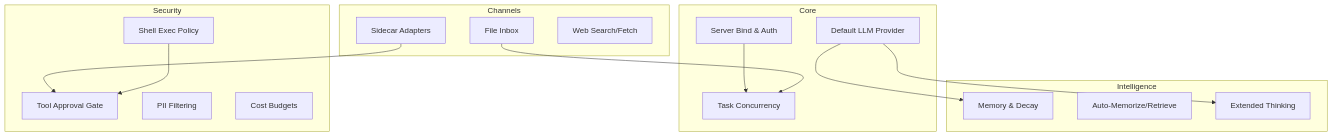
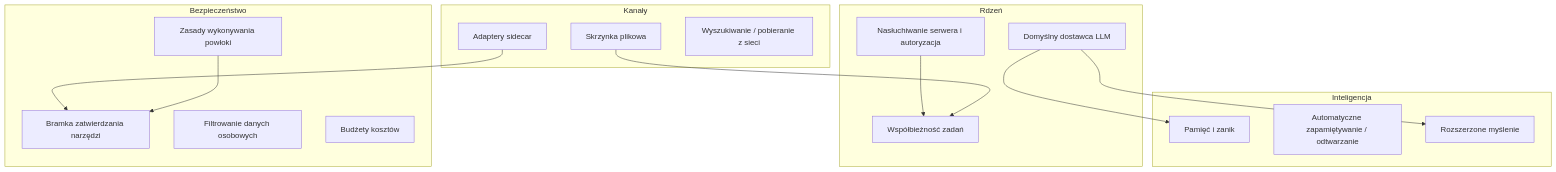
Before and after one commit to leszek3737/librefang-WIki: the diagram in root-librefang-toml-example.md, drawn with Mermaid. The commit also changed other lines of this file and 104 other files, not shown here.

````diff
--- a/root-librefang-toml-example.md
+++ b/root-librefang-toml-example.md
@@ -17,30 +17,30 @@
 ```mermaid
 graph TD
-    subgraph Core
-        Server[Server Bind & Auth]
-        Model[Default LLM Provider]
-        Queue[Task Concurrency]
+    subgraph Rdzeń
+        Server[Nasłuchiwanie serwera i autoryzacja]
+        Model[Domyślny dostawca LLM]
+        Queue[Współbieżność zadań]
     end
-    subgraph Intelligence
-        Memory[Memory & Decay]
-        Proactive[Auto-Memorize/Retrieve]
-        Thinking[Extended Thinking]
+    subgraph Inteligencja
+        Memory[Pamięć i zanik]
+        Proactive[Automatyczne zapamiętywanie / odtwarzanie]
+        Thinking[Rozszerzone myślenie]
     end
-    subgraph Channels
-        Sidecar[Sidecar Adapters]
-        Inbox[File Inbox]
-        Web[Web Search/Fetch]
+    subgraph Kanały
+        Sidecar[Adaptery sidecar]
+        Inbox[Skrzynka plikowa]
+        Web[Wyszukiwanie / pobieranie z sieci]
     end
-    subgraph Security
-        ExecPolicy[Shell Exec Policy]
-        Approval[Tool Approval Gate]
-        Privacy[PII Filtering]
-        Budget[Cost Budgets]
+    subgraph Bezpieczeństwo
+        ExecPolicy[Zasady wykonywania powłoki]
+        Approval[Bramka zatwierdzania narzędzi]
+        Privacy[Filtrowanie danych osobowych]
+        Budget[Budżety kosztów]
     end
     Server --> Queue
     Model --> Memory
     Model --> Thinking
     Sidecar --> Approval
     Inbox --> Queue
     ExecPolicy --> Approval
 ```
````
